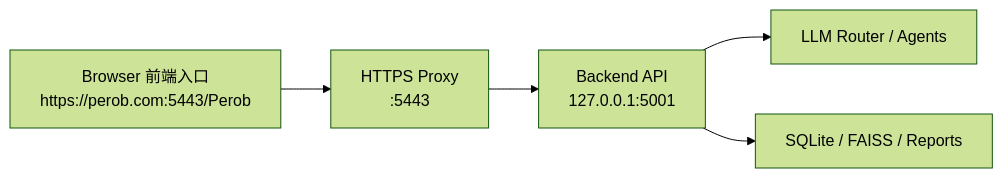
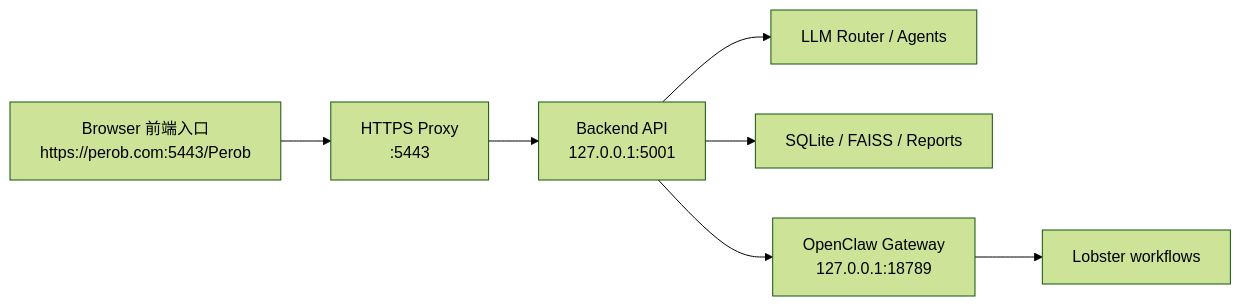
Before and after one commit to m2244668822/desktop-tutorial: the diagram in docs/runbooks/perob-login-gateway-stability.md, drawn with Mermaid (forest theme). The commit also changed other lines of this file and 24 other files, not shown here.

````diff
--- a/docs/runbooks/perob-login-gateway-stability.md
+++ b/docs/runbooks/perob-login-gateway-stability.md
@@ -18,7 +18,9 @@
 ```mermaid
 flowchart LR
   A["Browser 前端入口\nhttps://perob.com:5443/Perob"] --> B["HTTPS Proxy\n:5443"]
   B --> C["Backend API\n127.0.0.1:5001"]
   C --> D["LLM Router / Agents"]
   C --> E["SQLite / FAISS / Reports"]
+  C --> F["OpenClaw Gateway\n127.0.0.1:18789"]
+  F --> G["Lobster workflows"]
 ```
````
